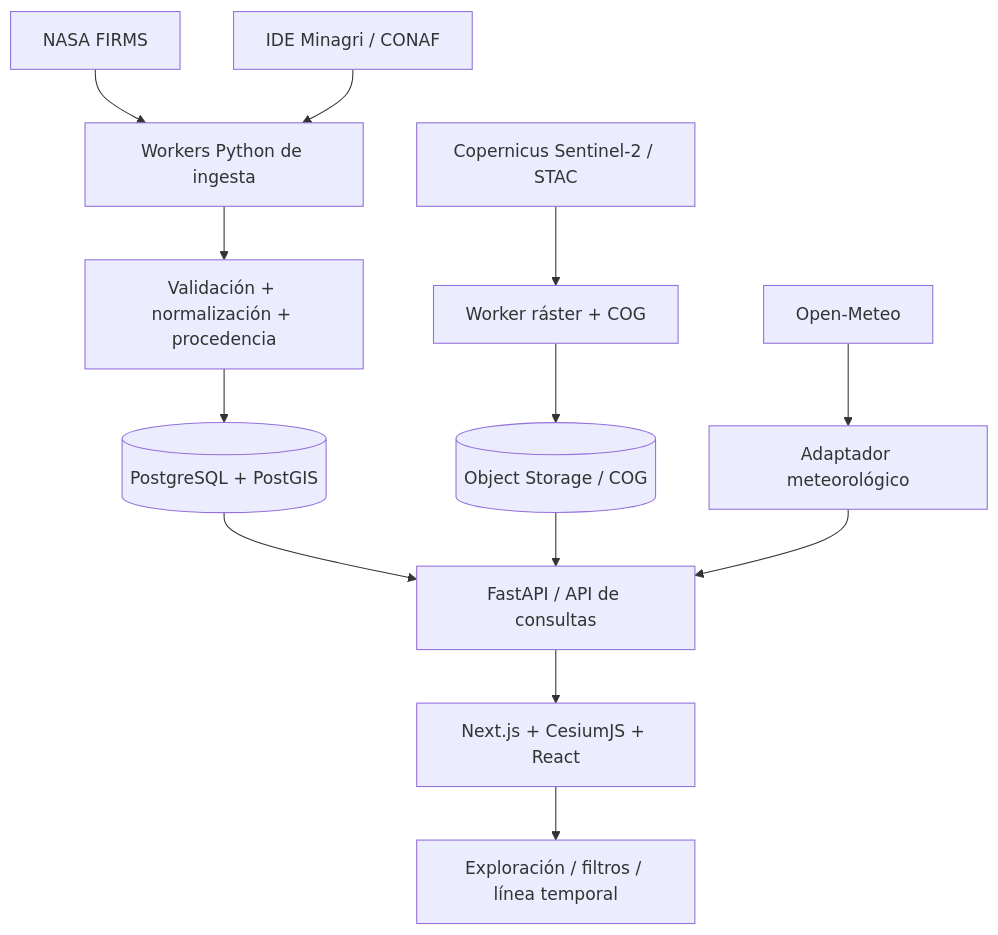
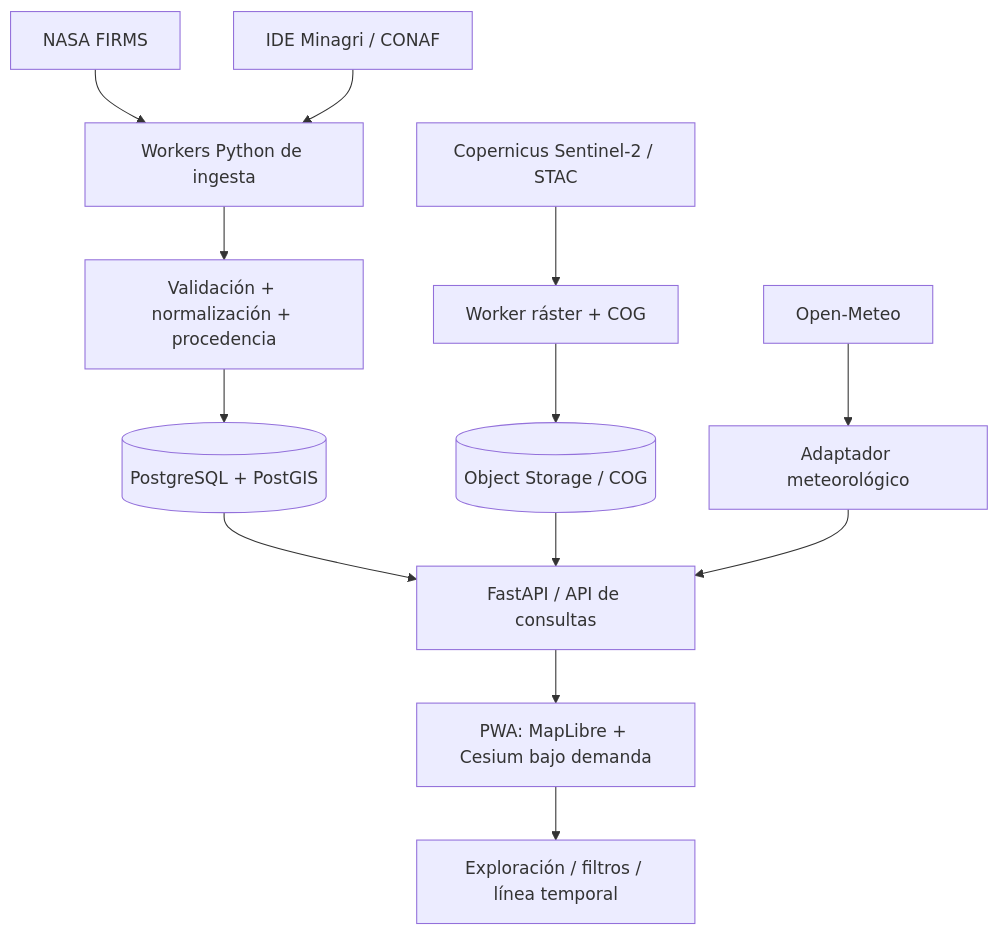
Before and after one commit to falopass/brasas: the second of 2 diagrams in docs/ARQUITECTURA.md, drawn with Mermaid. The commit also changed other lines of this file and 10 other files, not shown here.

````diff
--- a/docs/ARQUITECTURA.md
+++ b/docs/ARQUITECTURA.md
@@ -5,15 +38,15 @@
 ```mermaid
 flowchart TD
   A[NASA FIRMS] --> I[Workers Python de ingesta]
   B[IDE Minagri / CONAF] --> I
   C[Copernicus Sentinel-2 / STAC] --> J[Worker ráster + COG]
   D[Open-Meteo] --> M[Adaptador meteorológico]
   I --> V[Validación + normalización + procedencia]
   V --> P[(PostgreSQL + PostGIS)]
   J --> O[(Object Storage / COG)]
   P --> F[FastAPI / API de consultas]
   O --> F
   M --> F
-  F --> W[Next.js + CesiumJS + React]
+  F --> W[PWA: MapLibre + Cesium bajo demanda]
   W --> U[Exploración / filtros / línea temporal]
 ```
````
